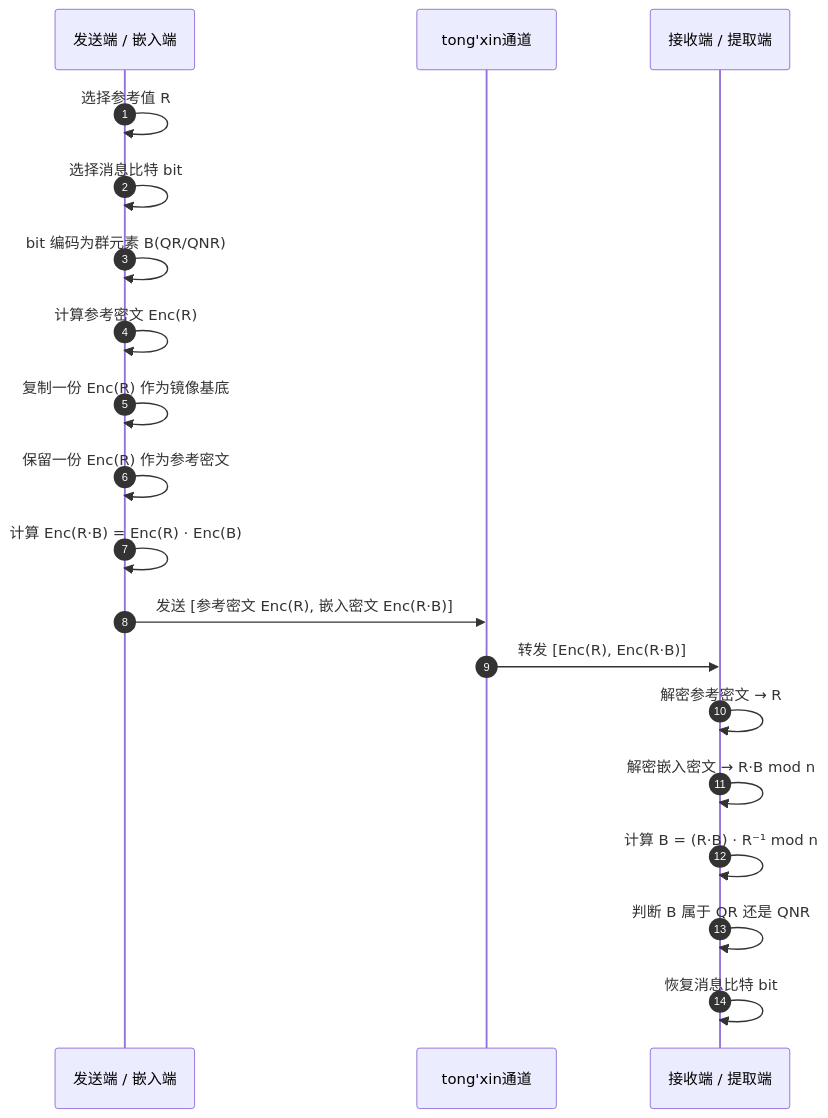
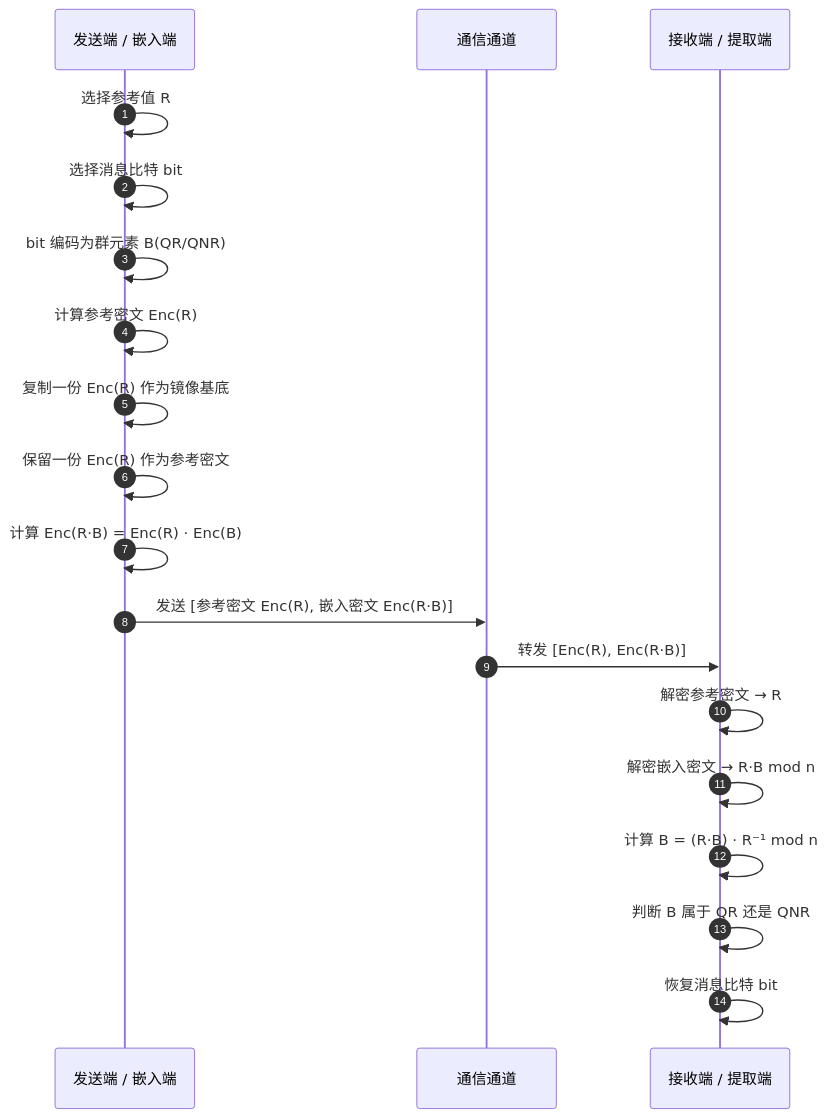
One commit to TracerWWW/iodraw-files changed the diagram in all/同态.md. Above: the diagram before and after it, drawn with Mermaid.

Commit message:
2026-03-27 15:43:18 update

````diff
--- a/all/同态.md
+++ b/all/同态.md
@@ -1,27 +1,27 @@
 ```mermaid
 sequenceDiagram
     autonumber
     participant S as 发送端 / 嵌入端
-    participant C as tong'xin通道
+    participant C as 通信通道
     participant R as 接收端 / 提取端
 
 
     S->>S: 选择参考值 R
     S->>S: 选择消息比特 bit
     S->>S: bit 编码为群元素 B(QR/QNR)
 
     S->>S: 计算参考密文 Enc(R)
     S->>S: 复制一份 Enc(R) 作为镜像基底
     S->>S: 保留一份 Enc(R) 作为参考密文
 
     S->>S: 计算 Enc(R·B) = Enc(R) · Enc(B)
     S->>C: 发送 [参考密文 Enc(R), 嵌入密文 Enc(R·B)]
 
     C->>R: 转发 [Enc(R), Enc(R·B)]
 
     R->>R: 解密参考密文 → R
     R->>R: 解密嵌入密文 → R·B mod n
     R->>R: 计算 B = (R·B) · R⁻¹ mod n
     R->>R: 判断 B 属于 QR 还是 QNR
     R->>R: 恢复消息比特 bit
 ```
````
